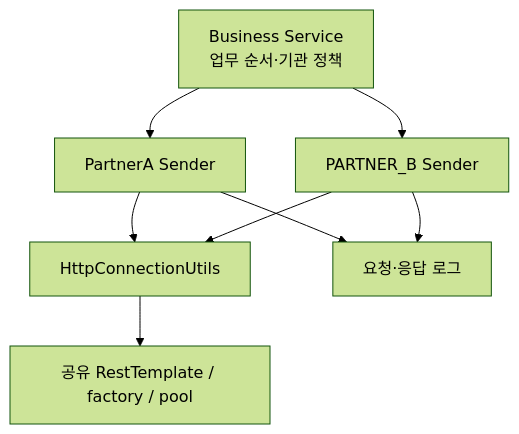
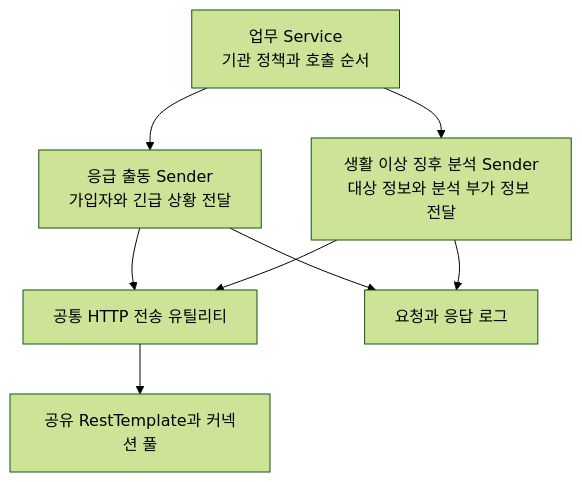
Before and after one commit to inchangson/inchangson.github.io: the diagram in src/content/posts/b2g-external-api-01-sender-boundary.md, drawn with Mermaid (forest theme). The commit also changed other lines of this file and 4 other files, not shown here.

````diff
--- a/src/content/posts/b2g-external-api-01-sender-boundary.md
+++ b/src/content/posts/b2g-external-api-01-sender-boundary.md
@@ -49,10 +41,10 @@
 ```mermaid
 flowchart TD
-    B["Business Service<br/>업무 순서·기관 정책"] --> T["PartnerA Sender"]
-    B --> A["PARTNER_B Sender"]
-    T --> H["HttpConnectionUtils"]
-    A --> H
-    H --> R["공유 RestTemplate / factory / pool"]
-    T --> L["요청·응답 로그"]
-    A --> L
+    B["업무 Service<br/>기관 정책과 호출 순서"] --> D["응급 출동 Sender<br/>가입자와 긴급 상황 전달"]
+    B --> C["생활 이상 징후 분석 Sender<br/>대상 정보와 분석 부가 정보 전달"]
+    D --> H["공통 HTTP 전송 유틸리티"]
+    C --> H
+    H --> R["공유 RestTemplate과 커넥션 풀"]
+    D --> L["요청과 응답 로그"]
+    C --> L
 ```
````
